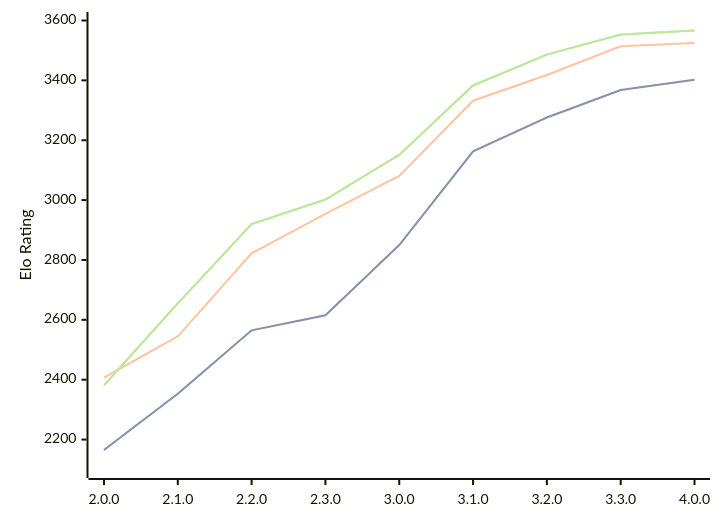
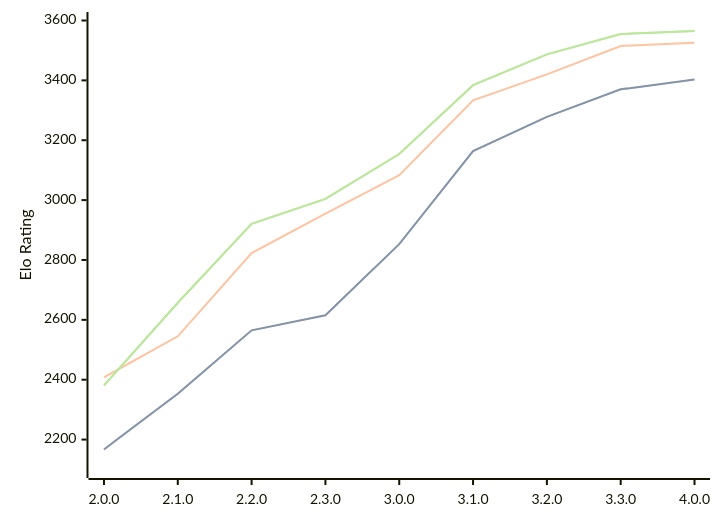
Before and after one commit to computer-chess-index/cci: the diagram in engines/Raphael.md, drawn with Mermaid. The commit also changed other lines of this file, not shown here.

Commit message:
Update CCI Ratings (ELO VLTC) - 2026-05-06

````diff
--- a/engines/Raphael.md
+++ b/engines/Raphael.md
@@ -51,11 +51,11 @@
 ```mermaid
 %%{init: {"theme":"base","themeVariables":{"seriesColors:['#a3a3a3','#222221','#faa371']}}}%%
 xychart-beta
   x-axis ["2.0.0", "2.1.0", "2.2.0", "2.3.0", "3.0.0", "3.1.0", "3.2.0", "3.3.0", "4.0.0"]
   y-axis "Elo Rating" 2100 --> 3600
-  line "STC (8.0+0.08s)" [2165, 2353, 2565, 2615, 2850, 3163, 3276, 3368, 3402]
-  line "STC (8.0+0.08s)" [2165, 2353, 2565, 2615, 2850, 3163, 3276, 3368, 3402]
-  line "LTC (60.0+0.60s)" [2407, 2545, 2822, 2954, 3081, 3332, 3418, 3514, 3525]
-  line "VLTC (2m24s+1.12s)" [2381, 2655, 2920, 3002, 3151, 3383, 3486, 3553, 3567]
-  line "VLTC (2m24s+1.12s)" [2381, 2655, 2920, 3002, 3151, 3383, 3486, 3553, 3567]
+  line "STC (8.0+0.08s)" [2167, 2353, 2565, 2615, 2853, 3164, 3278, 3370, 3403]
+  line "STC (8.0+0.08s)" [2167, 2353, 2565, 2615, 2853, 3164, 3278, 3370, 3403]
+  line "LTC (60.0+0.60s)" [2408, 2545, 2823, 2955, 3083, 3333, 3420, 3515, 3526]
+  line "VLTC (2m24s+1.12s)" [2381, 2657, 2921, 3004, 3154, 3384, 3487, 3555, 3565]
+  line "VLTC (2m24s+1.12s)" [2381, 2657, 2921, 3004, 3154, 3384, 3487, 3555, 3565]
 ```
````
